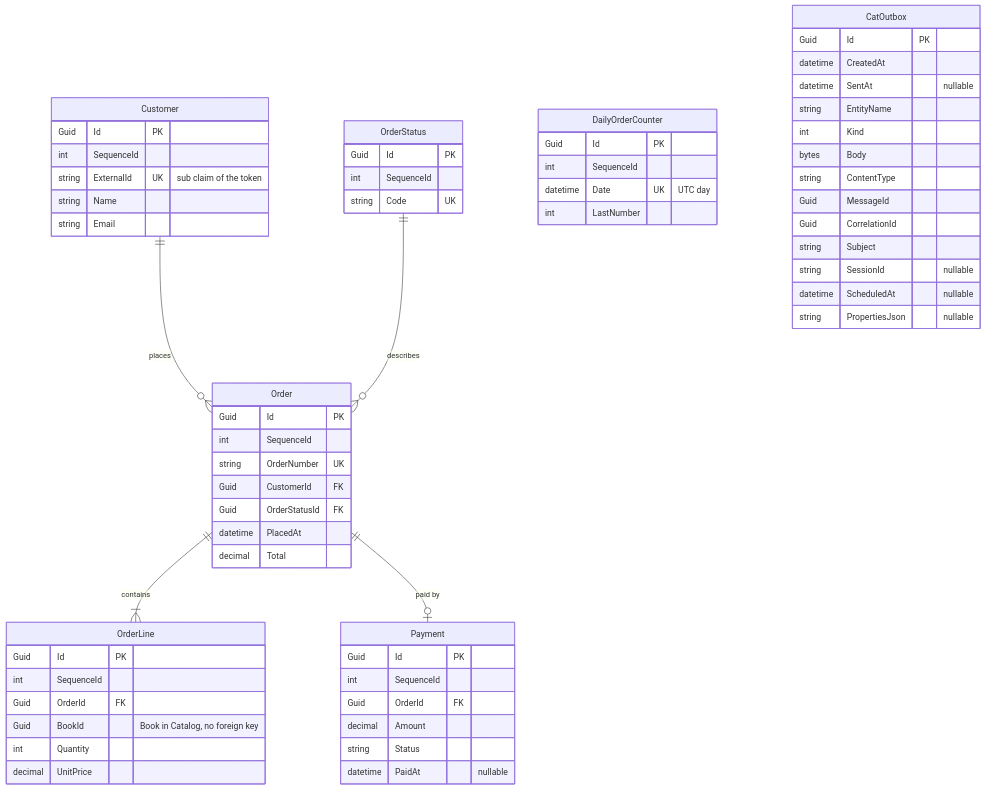
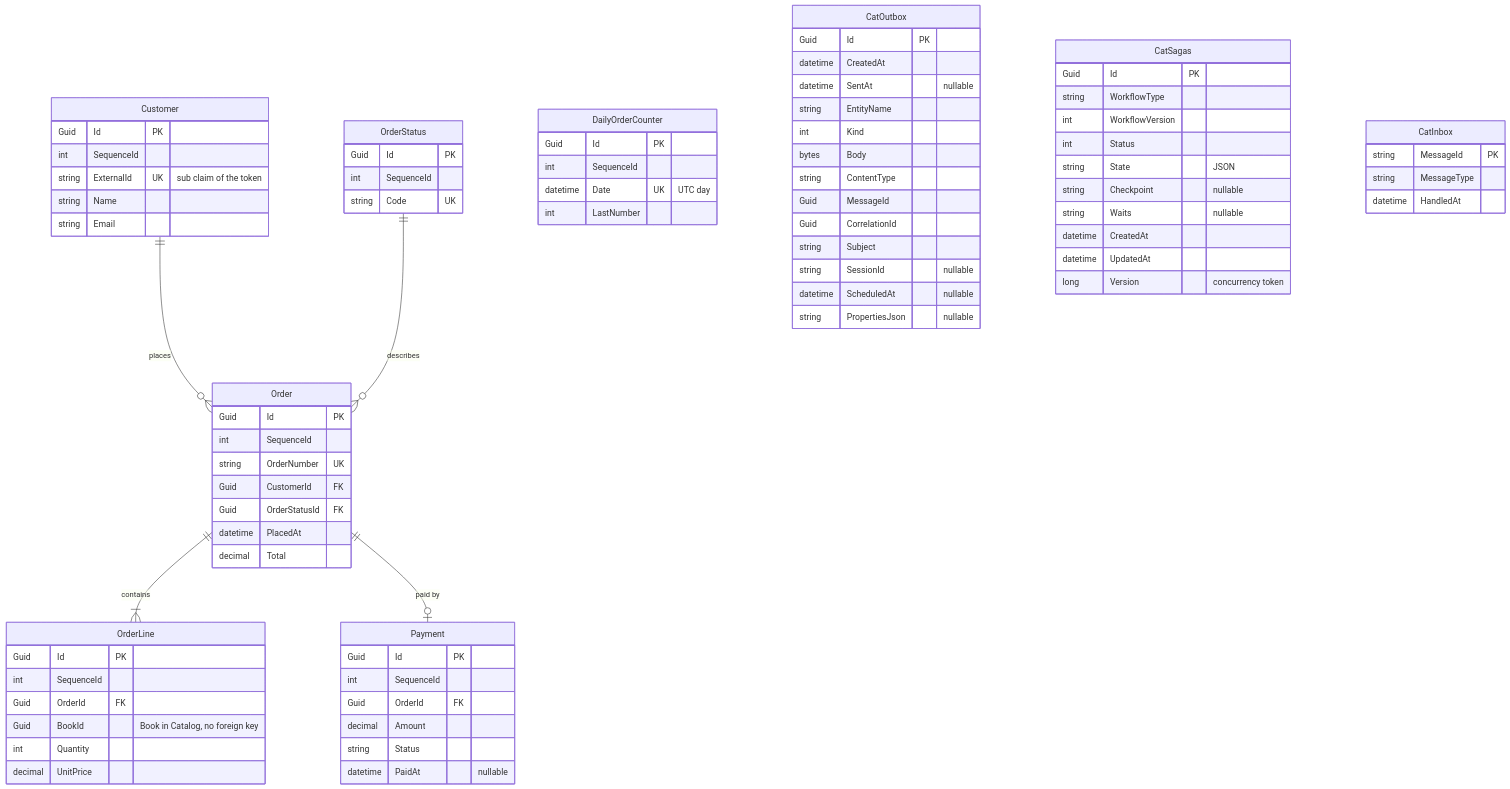
The second of 4 diagrams in demo/README.md (gmarginet/CleanArchitectureToolkit), drawn with Mermaid before and after one commit. The commit also changed other lines of this file and 2 other files, not shown here.

````diff
--- a/demo/README.md
+++ b/demo/README.md
@@ -756,4 +783,21 @@
         datetime ScheduledAt "nullable"
         string PropertiesJson "nullable"
     }
+    CatSagas {
+        Guid Id PK
+        string WorkflowType
+        int WorkflowVersion
+        int Status
+        string State "JSON"
+        string Checkpoint "nullable"
+        string Waits "nullable"
+        datetime CreatedAt
+        datetime UpdatedAt
+        long Version "concurrency token"
+    }
+    CatInbox {
+        string MessageId PK
+        string MessageType
+        datetime HandledAt
+    }
 ```
````
